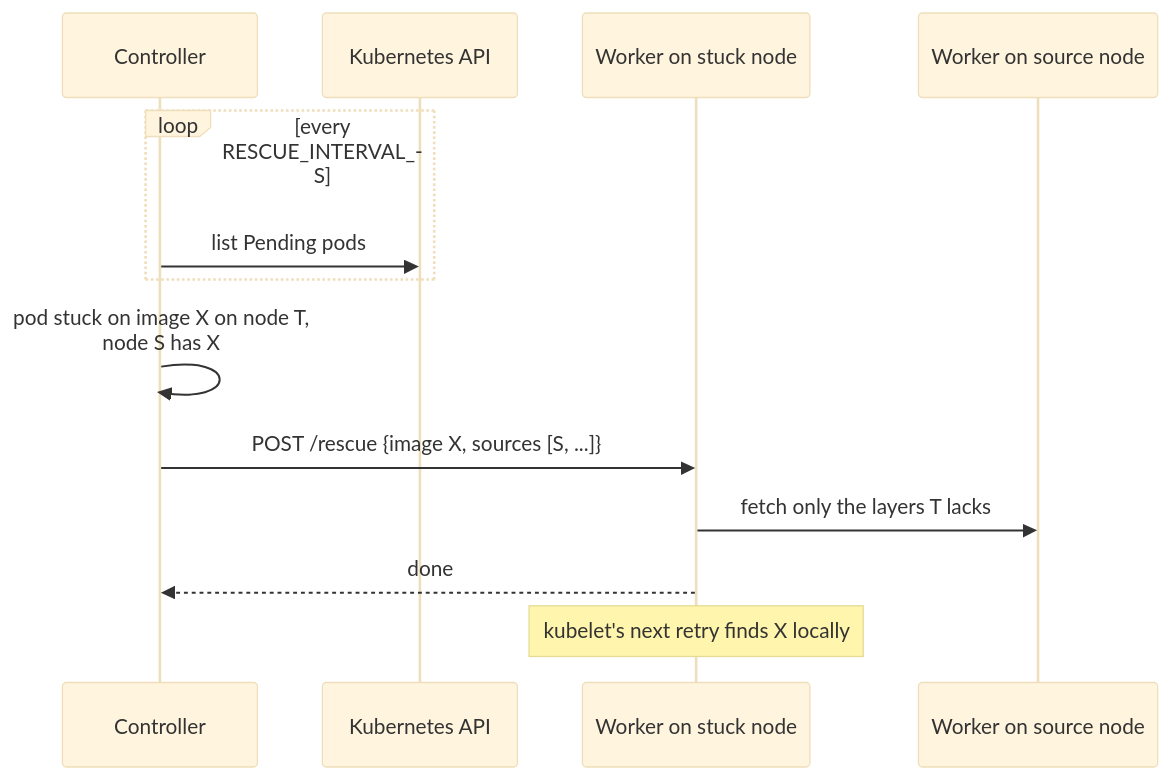
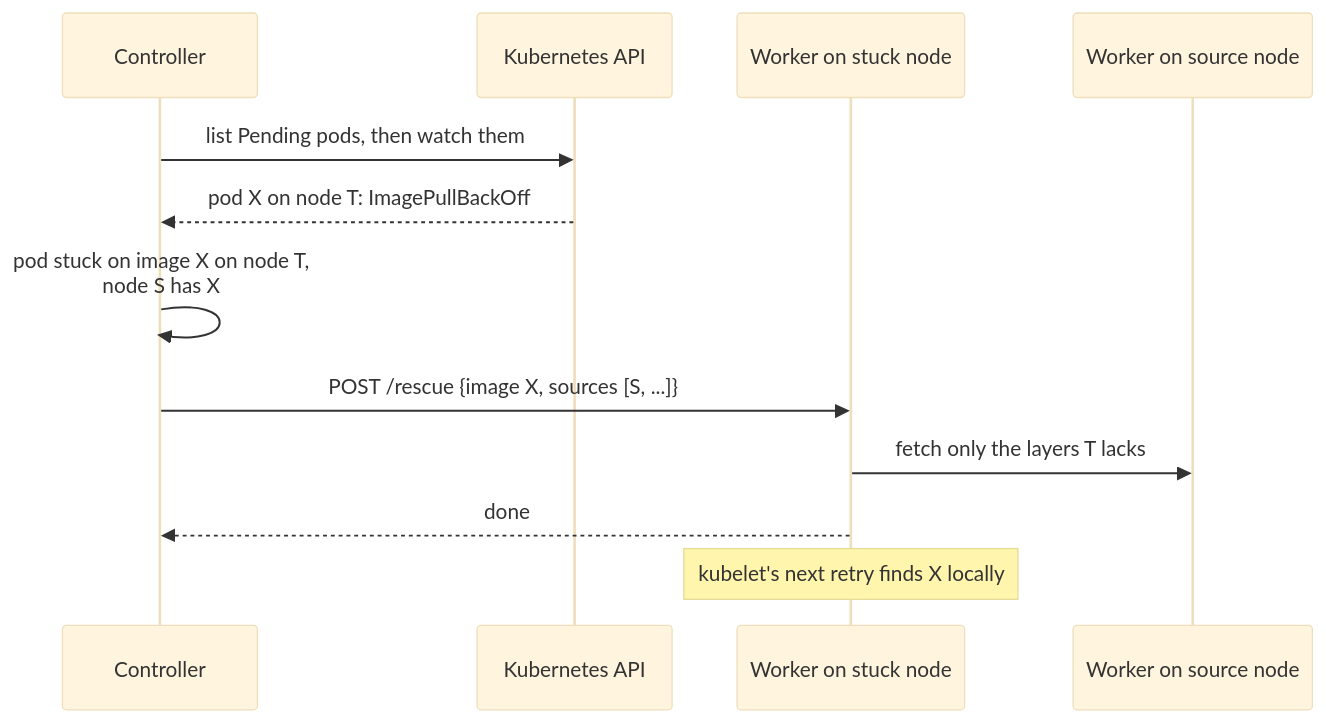
Before and after one commit to hatam-abolghasemi/Angry-Duck: the diagram in docs/rescue.md, drawn with Mermaid (base theme). The commit also changed other lines of this file and 67 other files, not shown here.

````diff
--- a/docs/rescue.md
+++ b/docs/rescue.md
@@ -8,16 +8,15 @@
 ```mermaid
 sequenceDiagram
     participant C as Controller
     participant K as Kubernetes API
     participant T as Worker on stuck node
     participant S as Worker on source node
 
-    loop every RESCUE_INTERVAL_S
-        C->>K: list Pending pods
-    end
+    C->>K: list Pending pods, then watch them
+    K-->>C: pod X on node T: ImagePullBackOff
     C->>C: pod stuck on image X on node T,<br/>node S has X
     C->>T: POST /rescue {image X, sources [S, ...]}
     T->>S: fetch only the layers T lacks
     T-->>C: done
     Note over T: kubelet's next retry finds X locally
 ```
````
